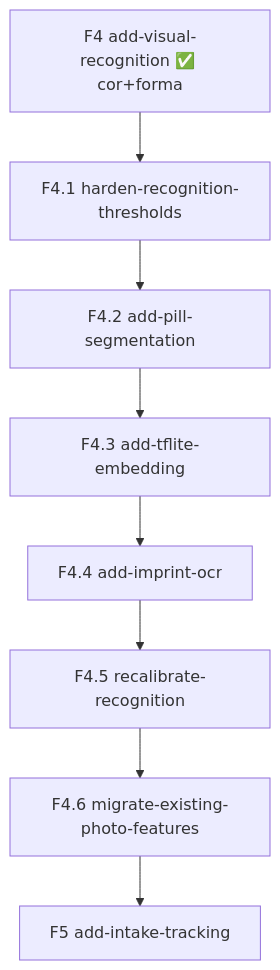
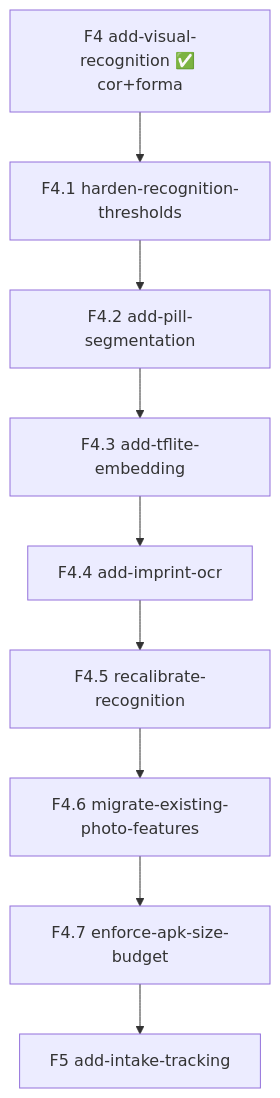
One commit to mportela/meus-remedios changed the second of 2 diagrams in docs/openspec-plan.md. Above: the diagram before and after it, drawn with Mermaid. The commit also changed other lines of this file and 2 other files, not shown here.

````diff
--- a/docs/openspec-plan.md
+++ b/docs/openspec-plan.md
@@ -168,10 +180,11 @@
 ```mermaid
 flowchart TD
   F4[F4 add-visual-recognition ✅ cor+forma] --> H[F4.1 harden-recognition-thresholds]
   H --> S[F4.2 add-pill-segmentation]
   S --> E[F4.3 add-tflite-embedding]
   E --> O[F4.4 add-imprint-ocr]
   O --> C[F4.5 recalibrate-recognition]
   C --> M[F4.6 migrate-existing-photo-features]
-  M --> F5[F5 add-intake-tracking]
+  M --> B2[F4.7 enforce-apk-size-budget]
+  B2 --> F5[F5 add-intake-tracking]
 ```
````
